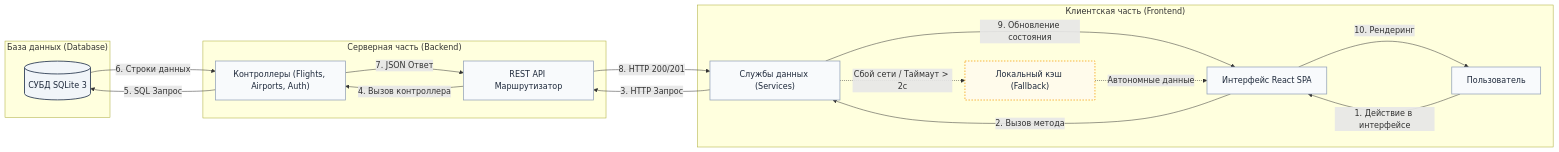
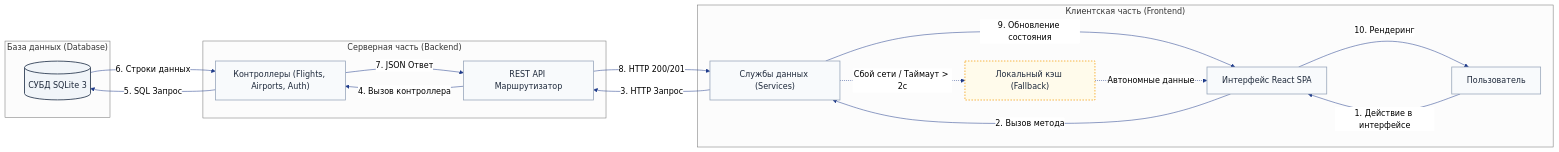
The diagram in docs/REQUEST_FLOW_DIAGRAM.md (Shonni123/RPI_Kurs), drawn with Mermaid before and after one commit. The commit also changed other lines of this file and 3 other files, not shown here.

Commit message:
docs(diagrams): ensure pure white background for report documents

````diff
--- a/docs/REQUEST_FLOW_DIAGRAM.md
+++ b/docs/REQUEST_FLOW_DIAGRAM.md
@@ -9,45 +19,46 @@
 ```mermaid
+%%{init: {'theme': 'neutral', 'themeVariables': {'darkMode': false, 'background': '#FFFFFF', 'mainBkg': '#FFFFFF', 'nodeBorder': '#333333', 'textColor': '#000000', 'lineColor': '#1E3A8A'}}}%%
 flowchart LR
     subgraph DB ["База данных (Database)"]
         SQLite[("СУБД SQLite 3")]
     end
 
     subgraph Backend ["Серверная часть (Backend)"]
         Controllers["Контроллеры (Flights, Airports, Auth)"]
         Router["REST API Маршрутизатор"]
     end
 
     subgraph Frontend ["Клиентская часть (Frontend)"]
         Services["Службы данных (Services)"]
         Fallback["Локальный кэш (Fallback)"]
         UI["Интерфейс React SPA"]
         User["Пользователь"]
     end
 
     %% Прямой поток запроса (Нижний контур: 1 -> 5)
     User -->|"1. Действие в интерфейсе"| UI
     UI -->|"2. Вызов метода"| Services
     Services -->|"3. HTTP Запрос"| Router
     Router -->|"4. Вызов контроллера"| Controllers
     Controllers -->|"5. SQL Запрос"| SQLite
 
     %% Обратный поток ответа (Верхний контур: 6 -> 10)
     SQLite -->|"6. Строки данных"| Controllers
     Controllers -->|"7. JSON Ответ"| Router
     Router -->|"8. HTTP 200/201"| Services
     Services -->|"9. Обновление состояния"| UI
     UI -->|"10. Рендеринг"| User
 
     %% Альтернативный автономный контур (Fallback)
     Services -.->|"Сбой сети / Таймаут > 2c"| Fallback
     Fallback -.->|"Автономные данные"| UI
 
     %% Стилизация
     classDef default fill:#F8FAFC,stroke:#94A3B8,stroke-width:1.5px,color:#1E293B;
     classDef box fill:#FFFFFF,stroke:#64748B,stroke-width:1px,stroke-dasharray: 4 4;
     classDef db fill:#F1F5F9,stroke:#475569,stroke-width:2px;
     classDef fallback fill:#FFFBEB,stroke:#F59E0B,stroke-width:1.5px,stroke-dasharray: 3 3;
 
     class SQLite db;
     class Fallback fallback;
 ```
````
